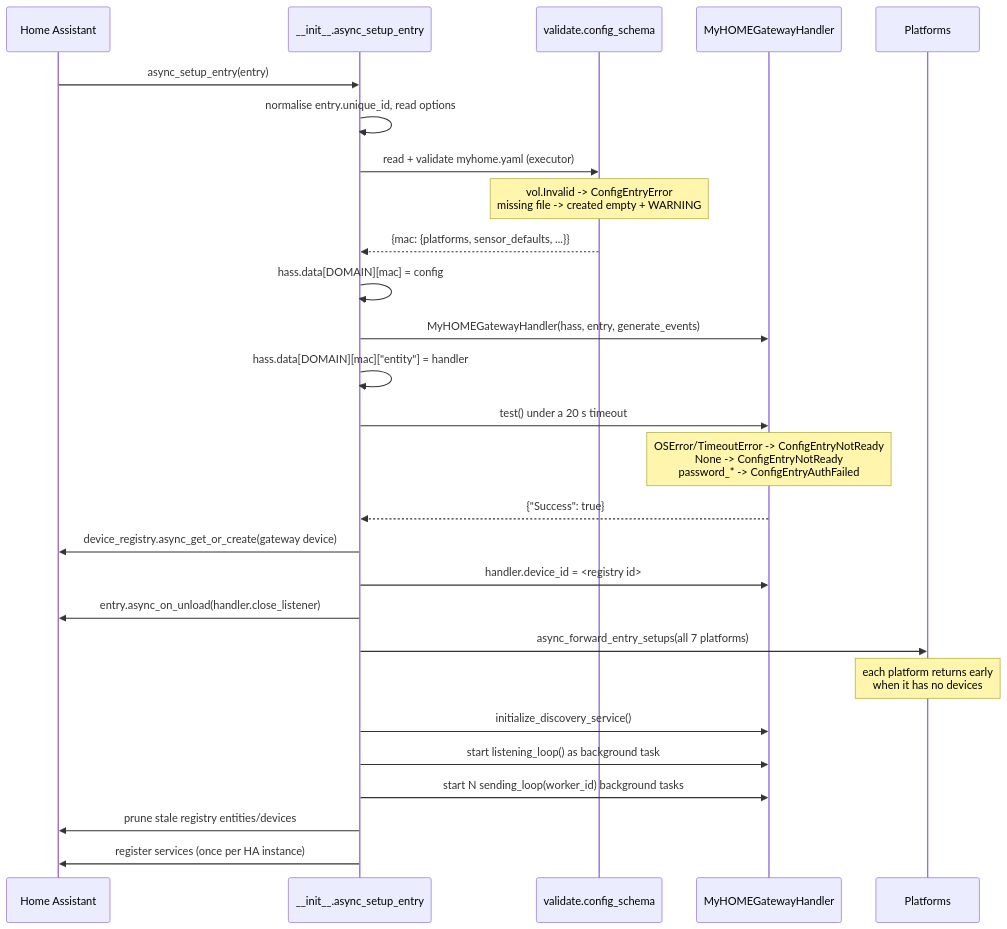
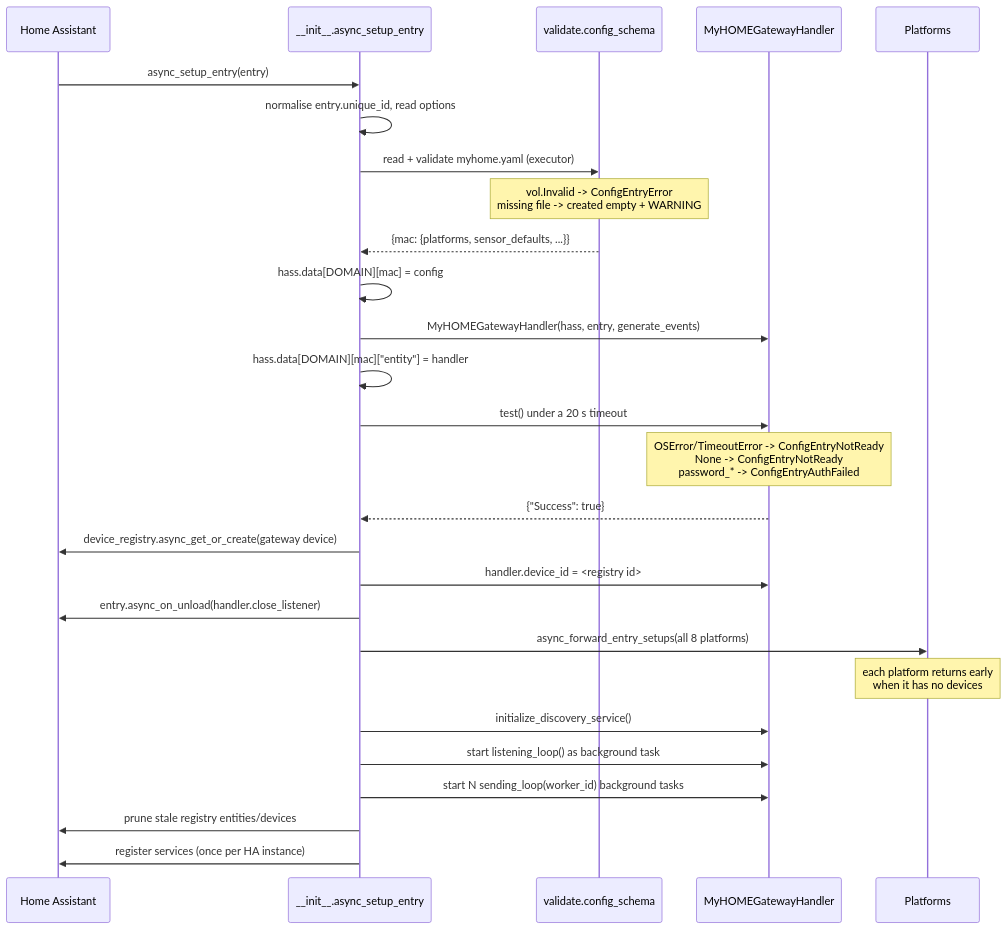
Before and after one commit to Interstellar0verdrive/MyHOME-stability: the first of 3 diagrams in docs/architecture.md, drawn with Mermaid. The commit also changed other lines of this file and 2 other files, not shown here.

First line of the commit message:
docs: architecture, development and compatibility pages for 0.4.0

````diff
--- a/docs/architecture.md
+++ b/docs/architecture.md
@@ -71,30 +71,30 @@
 ```mermaid
 sequenceDiagram
     participant HA as Home Assistant
     participant Init as __init__.async_setup_entry
     participant Val as validate.config_schema
     participant GW as MyHOMEGatewayHandler
     participant Plat as Platforms
 
     HA->>Init: async_setup_entry(entry)
     Init->>Init: normalise entry.unique_id, read options
     Init->>Val: read + validate myhome.yaml (executor)
     Note over Val: vol.Invalid -> ConfigEntryError<br/>missing file -> created empty + WARNING
     Val-->>Init: {mac: {platforms, sensor_defaults, ...}}
     Init->>Init: hass.data[DOMAIN][mac] = config
     Init->>GW: MyHOMEGatewayHandler(hass, entry, generate_events)
     Init->>Init: hass.data[DOMAIN][mac]["entity"] = handler
     Init->>GW: test() under a 20 s timeout
     Note over GW: OSError/TimeoutError -> ConfigEntryNotReady<br/>None -> ConfigEntryNotReady<br/>password_* -> ConfigEntryAuthFailed
     GW-->>Init: {"Success": true}
     Init->>HA: device_registry.async_get_or_create(gateway device)
     Init->>GW: handler.device_id = <registry id>
     Init->>HA: entry.async_on_unload(handler.close_listener)
-    Init->>Plat: async_forward_entry_setups(all 7 platforms)
+    Init->>Plat: async_forward_entry_setups(all 8 platforms)
     Note over Plat: each platform returns early<br/>when it has no devices
     Init->>GW: initialize_discovery_service()
     Init->>GW: start listening_loop() as background task
     Init->>GW: start N sending_loop(worker_id) background tasks
     Init->>HA: prune stale registry entities/devices
     Init->>HA: register services (once per HA instance)
 ```
````
